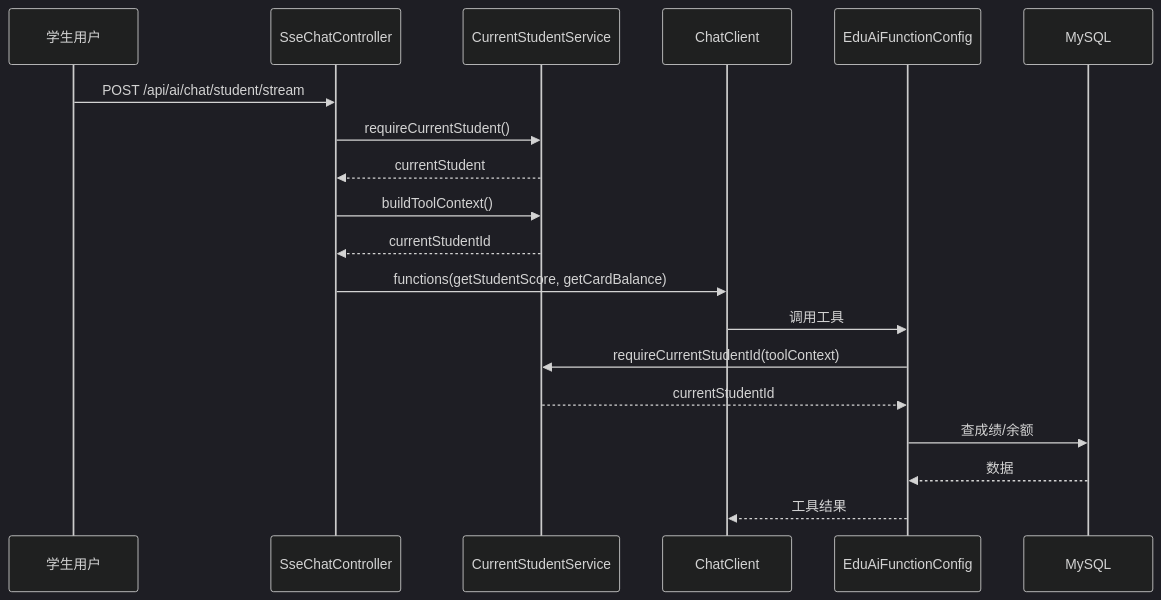
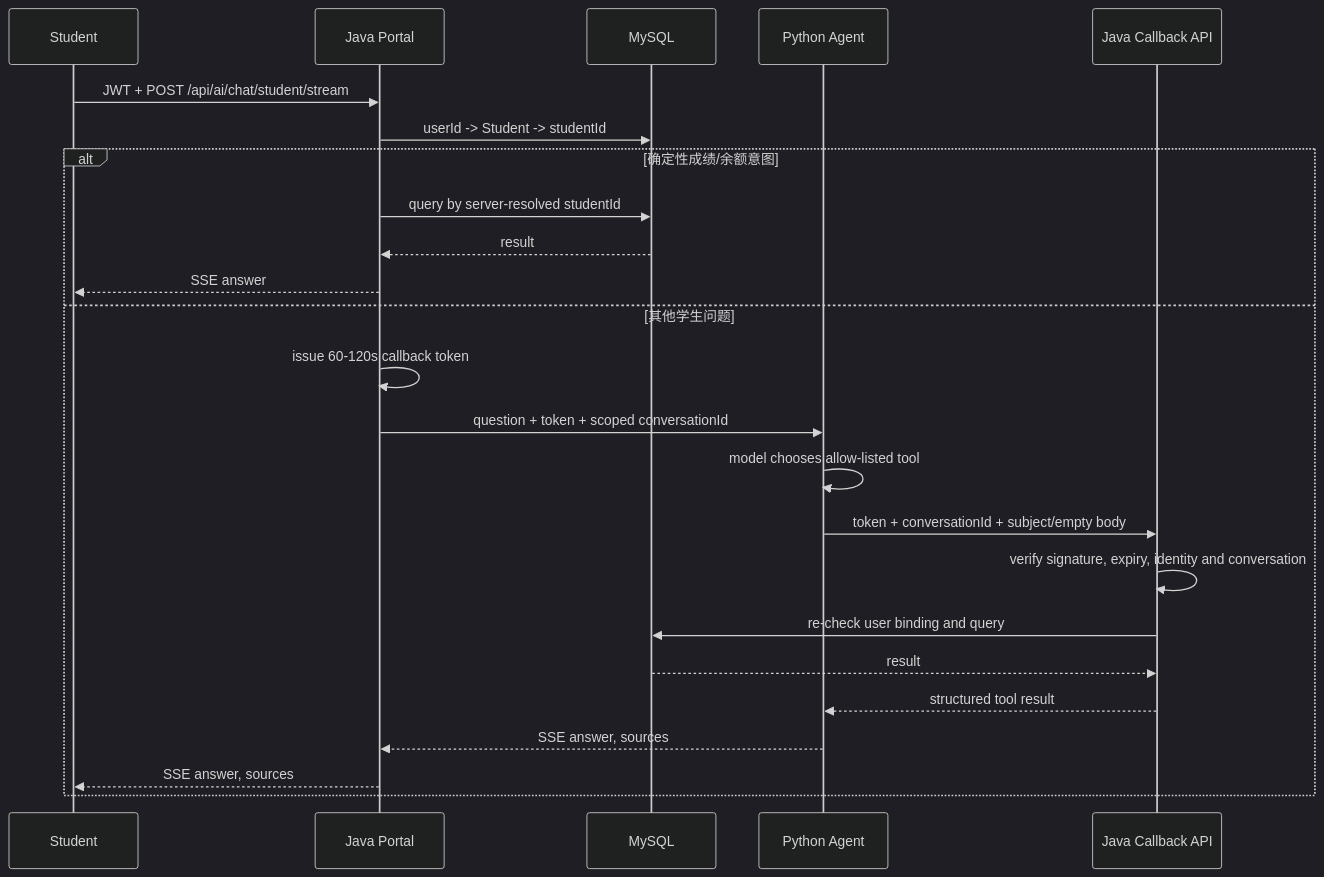
Before and after one commit to citen-xx/springAI-campus-brillant-helper: the third of 4 diagrams in docs/architecture.md, drawn with Mermaid (dark theme). The commit also changed other lines of this file and 1 other file, not shown here.

````diff
--- a/docs/architecture.md
+++ b/docs/architecture.md
@@ -157,22 +89,27 @@
 ```mermaid
 sequenceDiagram
-    participant U as 学生用户
-    participant C as SseChatController
-    participant CS as CurrentStudentService
-    participant AI as ChatClient
-    participant TOOL as EduAiFunctionConfig
+    participant FE as Student
+    participant J as Java Portal
     participant DB as MySQL
+    participant P as Python Agent
+    participant CB as Java Callback API
 
-    U->>C: POST /api/ai/chat/student/stream
-    C->>CS: requireCurrentStudent()
-    CS-->>C: currentStudent
-    C->>CS: buildToolContext()
-    CS-->>C: currentStudentId
-    C->>AI: functions(getStudentScore, getCardBalance)
-    AI->>TOOL: 调用工具
-    TOOL->>CS: requireCurrentStudentId(toolContext)
-    CS-->>TOOL: currentStudentId
-    TOOL->>DB: 查成绩/余额
-    DB-->>TOOL: 数据
-    TOOL-->>AI: 工具结果
+    FE->>J: JWT + POST /api/ai/chat/student/stream
+    J->>DB: userId -> Student -> studentId
+    alt 确定性成绩/余额意图
+        J->>DB: query by server-resolved studentId
+        DB-->>J: result
+        J-->>FE: SSE answer
+    else 其他学生问题
+        J->>J: issue 60-120s callback token
+        J->>P: question + token + scoped conversationId
+        P->>P: model chooses allow-listed tool
+        P->>CB: token + conversationId + subject/empty body
+        CB->>CB: verify signature, expiry, identity and conversation
+        CB->>DB: re-check user binding and query
+        DB-->>CB: result
+        CB-->>P: structured tool result
+        P-->>J: SSE answer, sources
+        J-->>FE: SSE answer, sources
+    end
 ```
````
